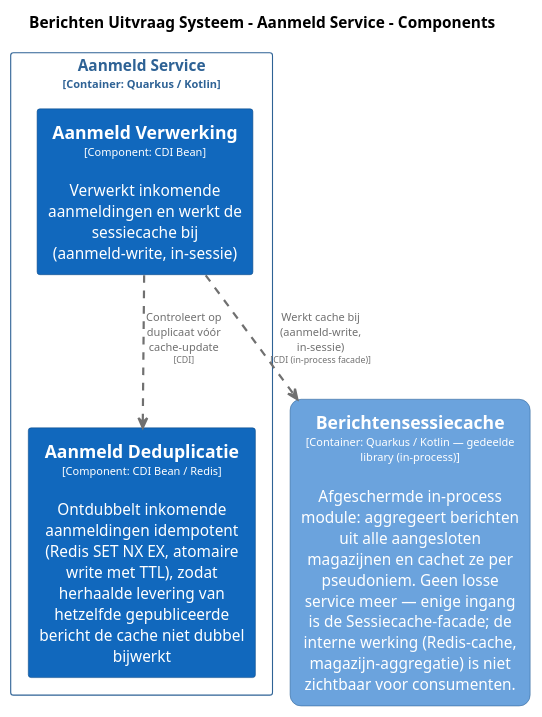
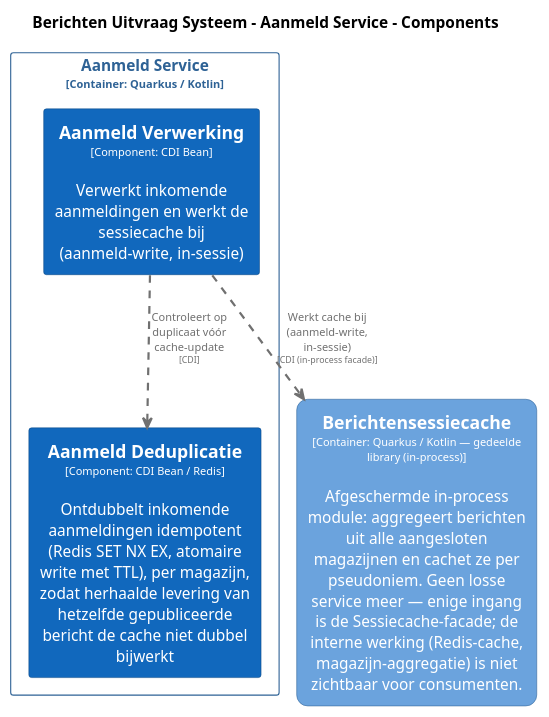
Before and after one commit to MinBZK/moza-poc-fbs-berichtenbox: the diagram in master/puml/AanmeldServiceComponenten.puml, drawn with PlantUML. The commit also changed 9 other files, not shown here.

```diff
--- a/master/puml/AanmeldServiceComponenten.puml
+++ b/master/puml/AanmeldServiceComponenten.puml
@@ -1,52 +1,52 @@
 @startuml
 set separator none
 title Berichten Uitvraag Systeem - Aanmeld Service - Components
 
 top to bottom direction
 skinparam ranksep 60
 skinparam nodesep 30
 
 skinparam {
   arrowFontSize 10
   defaultTextAlignment center
   wrapWidth 200
   maxMessageSize 100
 }
 
 hide stereotype
 
 skinparam rectangle<<BerichtenUitvraagSysteem.AanmeldService.AanmeldDeduplicatie>> {
   BackgroundColor #1168bd
   FontColor #ffffff
   BorderColor #0b4884
   shadowing false
 }
 skinparam rectangle<<BerichtenUitvraagSysteem.AanmeldService.AanmeldVerwerking>> {
   BackgroundColor #1168bd
   FontColor #ffffff
   BorderColor #0b4884
   shadowing false
 }
 skinparam rectangle<<BerichtenUitvraagSysteem.Berichtensessiecache>> {
   BackgroundColor #6ba3dd
   FontColor #ffffff
   BorderColor #2e6295
   roundCorner 20
   shadowing false
 }
 skinparam rectangle<<BerichtenUitvraagSysteem.AanmeldService>> {
   BorderColor #2e6295
   FontColor #2e6295
   shadowing false
 }
 
 rectangle "==Berichtensessiecache\n<size:10>[Container: Quarkus / Kotlin — gedeelde library (in-process)]</size>\n\nAfgeschermde in-process module: aggregeert berichten uit alle aangesloten magazijnen en cachet ze per pseudoniem. Geen losse service meer — enige ingang is de Sessiecache-facade; de interne werking (Redis-cache, magazijn-aggregatie) is niet zichtbaar voor consumenten." <<BerichtenUitvraagSysteem.Berichtensessiecache>> as BerichtenUitvraagSysteem.Berichtensessiecache
 
 rectangle "Aanmeld Service\n<size:10>[Container: Quarkus / Kotlin]</size>" <<BerichtenUitvraagSysteem.AanmeldService>> {
   rectangle "==Aanmeld Verwerking\n<size:10>[Component: CDI Bean]</size>\n\nVerwerkt inkomende aanmeldingen en werkt de sessiecache bij (aanmeld-write, in-sessie)" <<BerichtenUitvraagSysteem.AanmeldService.AanmeldVerwerking>> as BerichtenUitvraagSysteem.AanmeldService.AanmeldVerwerking
-  rectangle "==Aanmeld Deduplicatie\n<size:10>[Component: CDI Bean / Redis]</size>\n\nOntdubbelt inkomende aanmeldingen idempotent (Redis SET NX EX, atomaire write met TTL), zodat herhaalde levering van hetzelfde gepubliceerde bericht de cache niet dubbel bijwerkt" <<BerichtenUitvraagSysteem.AanmeldService.AanmeldDeduplicatie>> as BerichtenUitvraagSysteem.AanmeldService.AanmeldDeduplicatie
+  rectangle "==Aanmeld Deduplicatie\n<size:10>[Component: CDI Bean / Redis]</size>\n\nOntdubbelt inkomende aanmeldingen idempotent (Redis SET NX EX, atomaire write met TTL), per magazijn, zodat herhaalde levering van hetzelfde gepubliceerde bericht de cache niet dubbel bijwerkt" <<BerichtenUitvraagSysteem.AanmeldService.AanmeldDeduplicatie>> as BerichtenUitvraagSysteem.AanmeldService.AanmeldDeduplicatie
 }
 
 BerichtenUitvraagSysteem.AanmeldService.AanmeldVerwerking .[#707070,thickness=2].> BerichtenUitvraagSysteem.AanmeldService.AanmeldDeduplicatie : "<color:#707070>Controleert op duplicaat vóór cache-update\n<color:#707070><size:8>[CDI]</size>"
 BerichtenUitvraagSysteem.AanmeldService.AanmeldVerwerking .[#707070,thickness=2].> BerichtenUitvraagSysteem.Berichtensessiecache : "<color:#707070>Werkt cache bij (aanmeld-write, in-sessie)\n<color:#707070><size:8>[CDI (in-process facade)]</size>"
 @enduml
```
